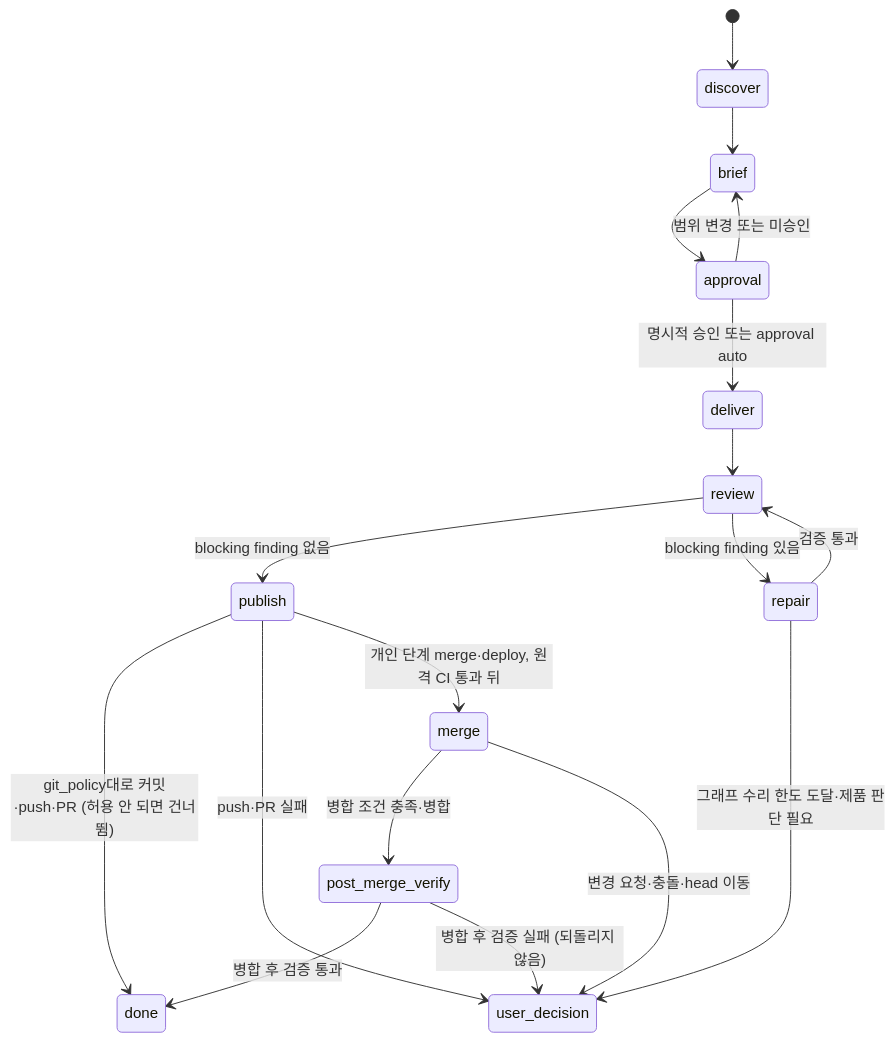
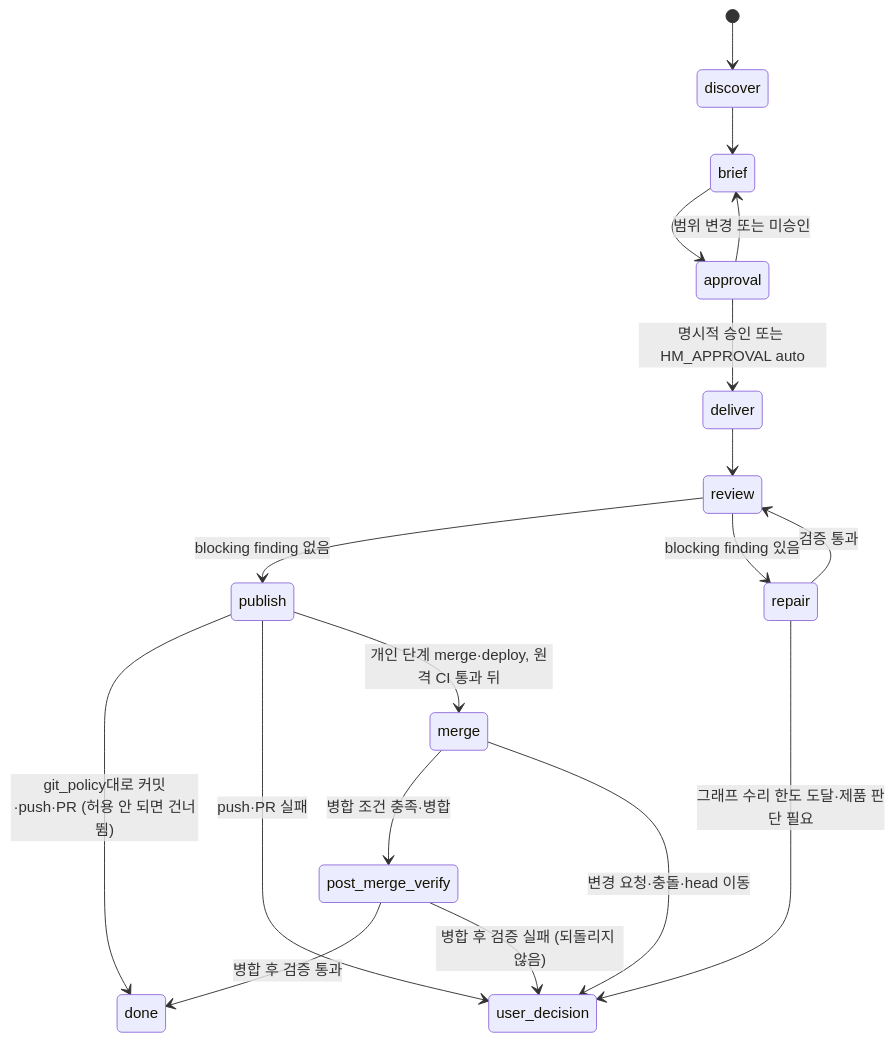
One commit to cano721/ai-harness changed the second of 4 diagrams in README.md. Above: the diagram before and after it, drawn with Mermaid. The commit also changed other lines of this file and 18 other files, not shown here.

````diff
--- a/README.md
+++ b/README.md
@@ -252,20 +252,20 @@
 ```mermaid
 stateDiagram-v2
     [*] --> discover
     discover --> brief
     brief --> approval
     approval --> brief: 범위 변경 또는 미승인
-    approval --> deliver: 명시적 승인 또는 approval auto
+    approval --> deliver: 명시적 승인 또는 HM_APPROVAL auto
     deliver --> review
     review --> publish: blocking finding 없음
     review --> repair: blocking finding 있음
     repair --> review: 검증 통과
     repair --> user_decision: 그래프 수리 한도 도달·제품 판단 필요
     publish --> done: git_policy대로 커밋·push·PR (허용 안 되면 건너뜀)
     publish --> user_decision: push·PR 실패
     publish --> merge: 개인 단계 merge·deploy, 원격 CI 통과 뒤
     merge --> post_merge_verify: 병합 조건 충족·병합
     merge --> user_decision: 변경 요청·충돌·head 이동
     post_merge_verify --> done: 병합 후 검증 통과
     post_merge_verify --> user_decision: 병합 후 검증 실패 (되돌리지 않음)
 ```
````
